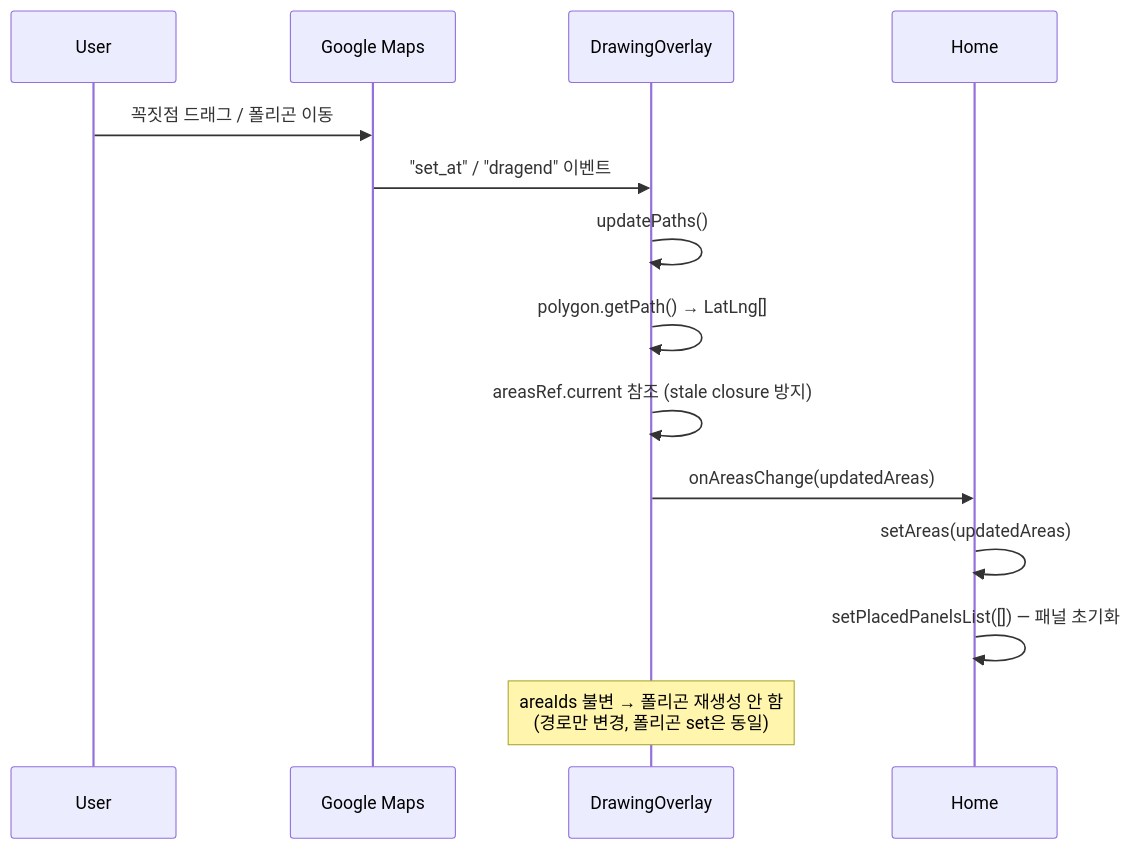
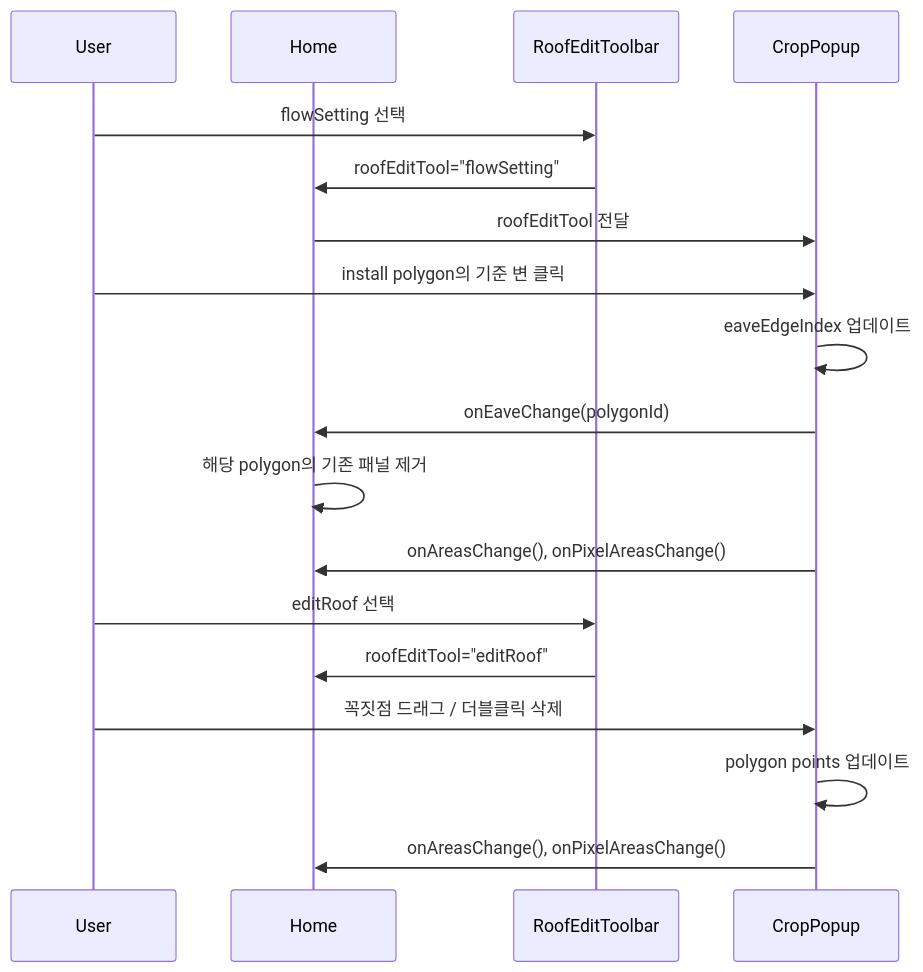
One commit to nalpari/solar-pv-system changed the fifth of 7 diagrams in docs/sequence-diagrams.md. Above: the diagram before and after it, drawn with Mermaid. The commit also changed other lines of this file and 7 other files, not shown here.

````diff
--- a/docs/sequence-diagrams.md
+++ b/docs/sequence-diagrams.md
@@ -97,17 +103,22 @@
 ```mermaid
 sequenceDiagram
     participant U as User
-    participant GM as Google Maps
-    participant DO as DrawingOverlay
     participant H as Home
+    participant RT as RoofEditToolbar
+    participant CP as CropPopup
 
-    U->>GM: 꼭짓점 드래그 / 폴리곤 이동
-    GM->>DO: "set_at" / "dragend" 이벤트
-    DO->>DO: updatePaths()
-    DO->>DO: polygon.getPath() → LatLng[]
-    DO->>DO: areasRef.current 참조 (stale closure 방지)
-    DO->>H: onAreasChange(updatedAreas)
-    H->>H: setAreas(updatedAreas)
-    H->>H: setPlacedPanelsList([]) — 패널 초기화
-    Note over DO: areaIds 불변 → 폴리곤 재생성 안 함<br/>(경로만 변경, 폴리곤 set은 동일)
+    U->>RT: flowSetting 선택
+    RT->>H: roofEditTool="flowSetting"
+    H->>CP: roofEditTool 전달
+    U->>CP: install polygon의 기준 변 클릭
+    CP->>CP: eaveEdgeIndex 업데이트
+    CP->>H: onEaveChange(polygonId)
+    H->>H: 해당 polygon의 기존 패널 제거
+    CP->>H: onAreasChange(), onPixelAreasChange()
+
+    U->>RT: editRoof 선택
+    RT->>H: roofEditTool="editRoof"
+    U->>CP: 꼭짓점 드래그 / 더블클릭 삭제
+    CP->>CP: polygon points 업데이트
+    CP->>H: onAreasChange(), onPixelAreasChange()
 ```
````
